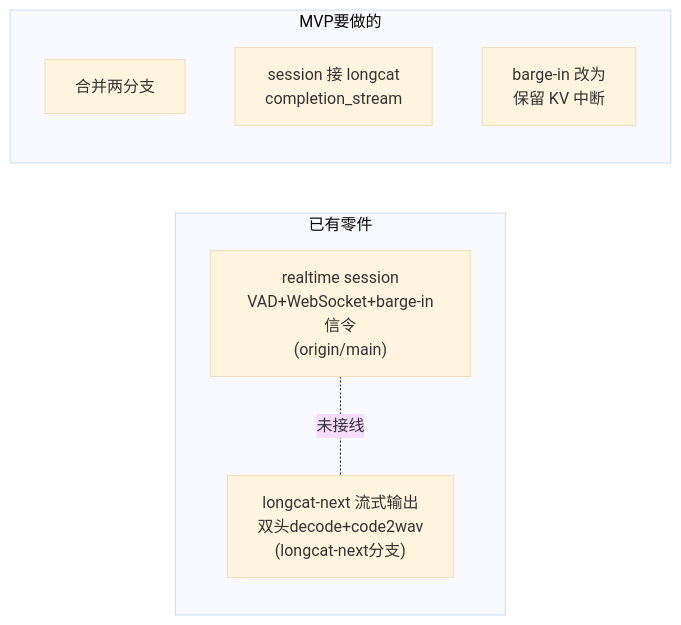
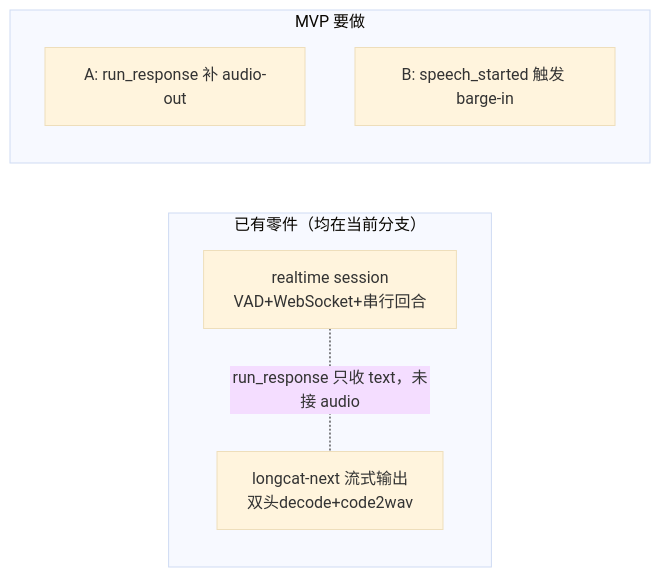
The second of 2 diagrams in docs/cookbook/开发文档_phase4_design.md (aaaandychen/sglang-omni), drawn with Mermaid (base theme) before and after one commit. The commit also changed other lines of this file and 4 other files, not shown here.

````diff
--- a/docs/cookbook/开发文档_phase4_design.md
+++ b/docs/cookbook/开发文档_phase4_design.md
@@ -337,13 +348,12 @@
 ```mermaid
 flowchart LR
-    subgraph 已有零件
-        A["realtime session<br/>VAD+WebSocket+barge-in信令<br/>(origin/main)"]
-        B["longcat-next 流式输出<br/>双头decode+code2wav<br/>(longcat-next分支)"]
+    subgraph exist["已有零件（均在当前分支）"]
+        A["realtime session<br/>VAD+WebSocket+串行回合"]
+        B["longcat-next 流式输出<br/>双头decode+code2wav"]
     end
-    A -. 未接线 .- B
-    subgraph MVP要做的
-        C["合并两分支"]
-        D["session 接 longcat<br/>completion_stream"]
-        E["barge-in 改为<br/>保留 KV 中断"]
+    A -. "run_response 只收 text，未接 audio" .- B
+    subgraph todo["MVP 要做"]
+        C["A: run_response 补 audio-out"]
+        D["B: speech_started 触发 barge-in"]
     end
 ```
````
